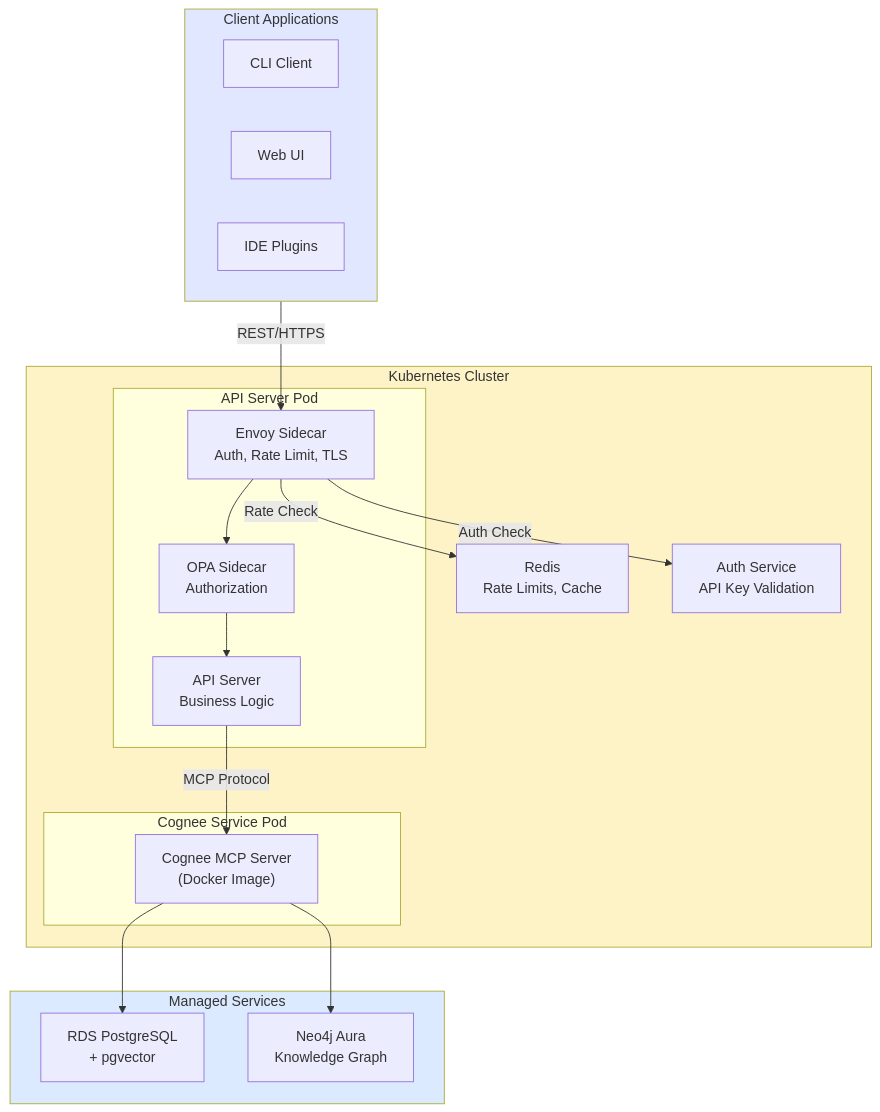
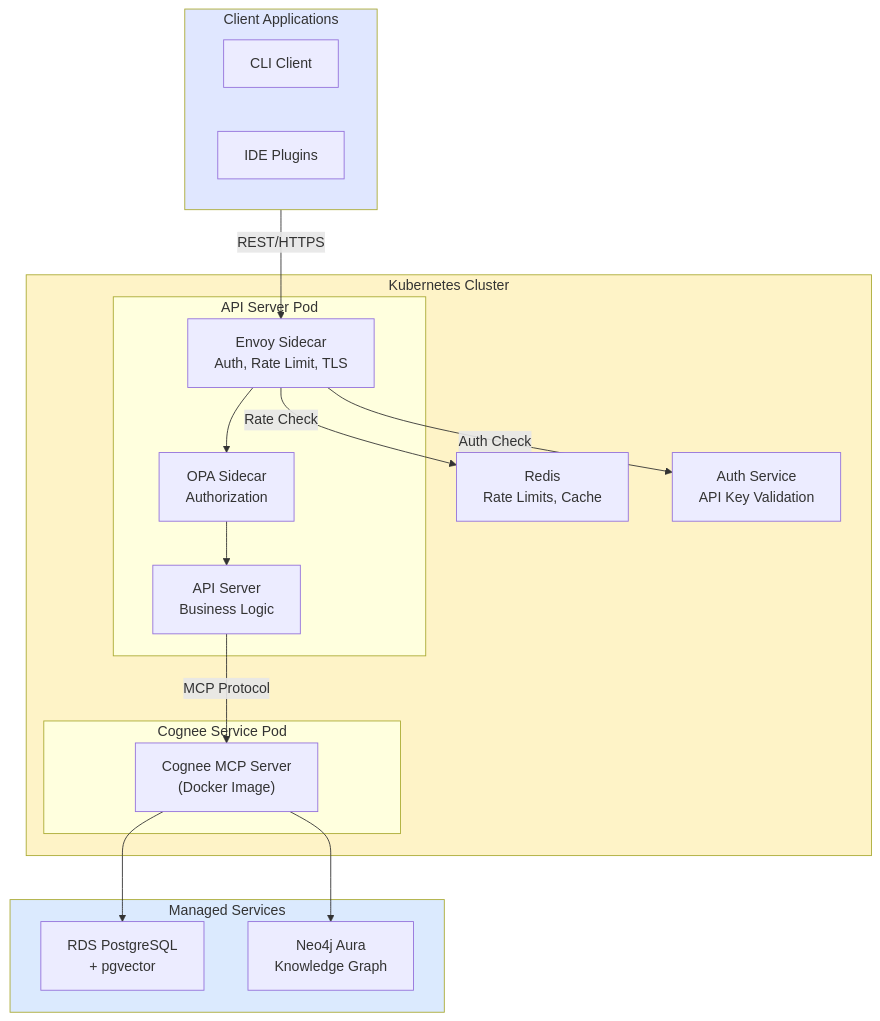
One commit to twistingmercury/mnemonic-mcp changed the diagram in docs/architecture/00-overview.md. Above: the diagram before and after it, drawn with Mermaid. The commit also changed 11 other files, not shown here.

````diff
--- a/docs/architecture/00-overview.md
+++ b/docs/architecture/00-overview.md
@@ -57,41 +57,40 @@
 ```mermaid
 graph TB
     subgraph Clients["Client Applications"]
         CLI["CLI Client"]
-        WebUI["Web UI"]
         IDE["IDE Plugins"]
     end
 
     subgraph K8s["Kubernetes Cluster"]
         subgraph APIPod["API Server Pod"]
             Envoy["Envoy Sidecar<br/>Auth, Rate Limit, TLS"]
             OPA["OPA Sidecar<br/>Authorization"]
             API["API Server<br/>Business Logic"]
         end
 
         subgraph CogneePod["Cognee Service Pod"]
             CogneeAPI["Cognee MCP Server<br/>(Docker Image)"]
         end
 
         Redis["Redis<br/>Rate Limits, Cache"]
         AuthSvc["Auth Service<br/>API Key Validation"]
     end
 
     subgraph ManagedServices["Managed Services"]
         RDS["RDS PostgreSQL<br/>+ pgvector"]
         Neo4j["Neo4j Aura<br/>Knowledge Graph"]
     end
 
     Clients -->|REST/HTTPS| Envoy
     Envoy --> OPA
     OPA --> API
     Envoy -->|Rate Check| Redis
     Envoy -->|Auth Check| AuthSvc
     API -->|MCP Protocol| CogneeAPI
     CogneeAPI --> RDS
     CogneeAPI --> Neo4j
 
     style Clients fill:#E0E7FF
     style K8s fill:#FEF3C7
     style ManagedServices fill:#DBEAFE
 ```
````
